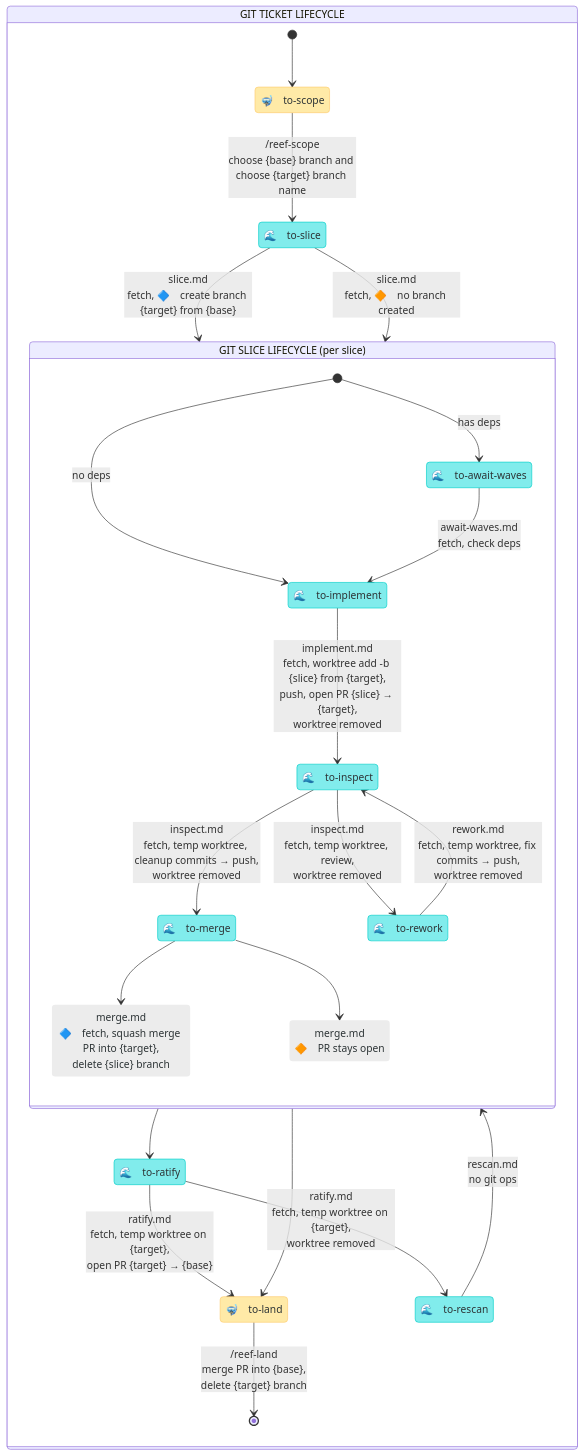
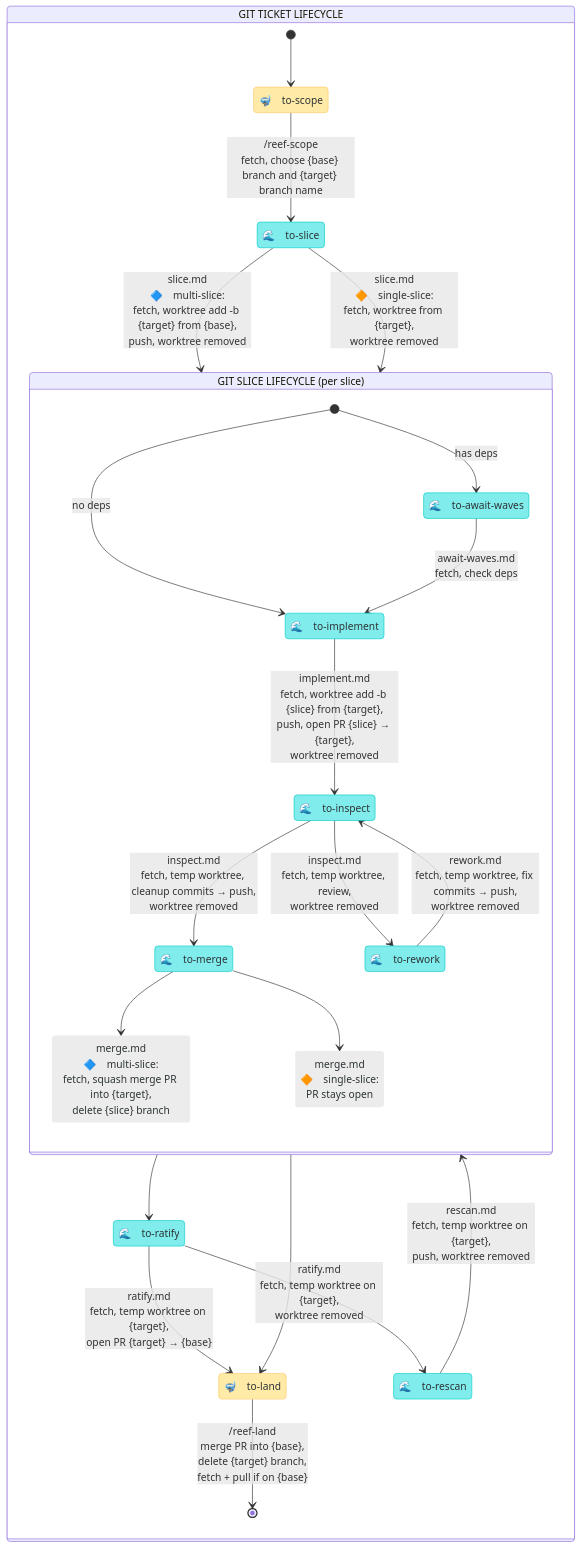
The second of 3 diagrams in README.md (mesqueeb/moonjelly-reef), drawn with Mermaid before and after one commit. The commit also changed other lines of this file and 5 other files, not shown here.

````diff
--- a/README.md
+++ b/README.md
@@ -227,52 +227,52 @@
 ```mermaid
 stateDiagram-v2
     direction TB
 
     classDef human fill:#ffeaa7,stroke:#fdcb6e,color:#2d3436
     classDef agent fill:#81ecec,stroke:#00cec9,color:#2d3436
     classDef arrow fill:#ececec,stroke:#ffffff00,color:#2d3436
 
     state "GIT TICKET LIFECYCLE" as work {
 
         state "🤿　to-scope" as to_scope
         state "🌊　to-slice" as to_slice
         state "🌊　to-ratify" as to_ratify
         state "🌊　to-rescan" as gaps_to_rescan
         state "🤿　to-land" as to_land
 
         [*] --> to_scope
-        to_scope --> to_slice : /reef-scope<br />choose {base} branch and choose {target} branch name
-        to_slice --> slice_lifecycle : slice.md<br />fetch, 🔷　create branch {target} from {base}
-        to_slice --> slice_lifecycle : slice.md<br />fetch, 🔶　no branch created
+        to_scope --> to_slice : /reef-scope<br />fetch, choose {base} branch and {target} branch name
+        to_slice --> slice_lifecycle : slice.md<br />🔷　multi-slice:<br />fetch, worktree add -b {target} from {base},<br />push, worktree removed
+        to_slice --> slice_lifecycle : slice.md<br />🔶　single-slice:<br />fetch, worktree from {target},<br />worktree removed
         slice_lifecycle --> to_ratify
         slice_lifecycle --> to_land
         to_ratify --> to_land : ratify.md<br />fetch, temp worktree on {target},<br />open PR {target} → {base}
         to_ratify --> gaps_to_rescan : ratify.md<br />fetch, temp worktree on {target},<br />worktree removed
-        gaps_to_rescan --> slice_lifecycle : rescan.md<br />no git ops
-        to_land --> [*] : /reef-land<br />merge PR into {base},<br />delete {target} branch
+        gaps_to_rescan --> slice_lifecycle : rescan.md<br />fetch, temp worktree on {target},<br />push, worktree removed
+        to_land --> [*] : /reef-land<br />merge PR into {base},<br />delete {target} branch,<br />fetch + pull if on {base}
     }
 
     state "GIT SLICE LIFECYCLE (per slice)" as slice_lifecycle {
 
         state "🌊　to-await-waves" as to_await
         state "🌊　to-implement" as to_implement
         state "🌊　to-inspect" as to_inspect
         state "🌊　to-rework" as needs_rework
         state "🌊　to-merge" as to_merge
-        state "merge.md<br />🔷　fetch, squash merge PR into {target},<br />delete {slice} branch" as merge_multi
-        state "merge.md<br />🔶　PR stays open" as merge_single
+        state "merge.md<br />🔷　multi-slice:<br />fetch, squash merge PR into {target},<br />delete {slice} branch" as merge_multi
+        state "merge.md<br />🔶　single-slice:<br />PR stays open" as merge_single
         [*] --> to_implement : no deps
         [*] --> to_await : has deps
         to_await --> to_implement : await-waves.md<br />fetch, check deps
         to_implement --> to_inspect : implement.md<br />fetch, worktree add -b {slice} from {target},<br />push, open PR {slice} → {target},<br />worktree removed
         to_inspect --> to_merge : inspect.md<br />fetch, temp worktree, cleanup commits → push,<br />worktree removed
         to_inspect --> needs_rework : inspect.md<br />fetch, temp worktree, review,<br />worktree removed
         needs_rework --> to_inspect : rework.md<br />fetch, temp worktree, fix commits → push,<br />worktree removed
         to_merge --> merge_multi
         to_merge --> merge_single
     }
 
     class to_scope,to_land human
     class to_slice,to_ratify,gaps_to_rescan,to_await,to_implement,to_inspect,needs_rework,to_merge agent
     class merge_multi,merge_single arrow
 ```
````
